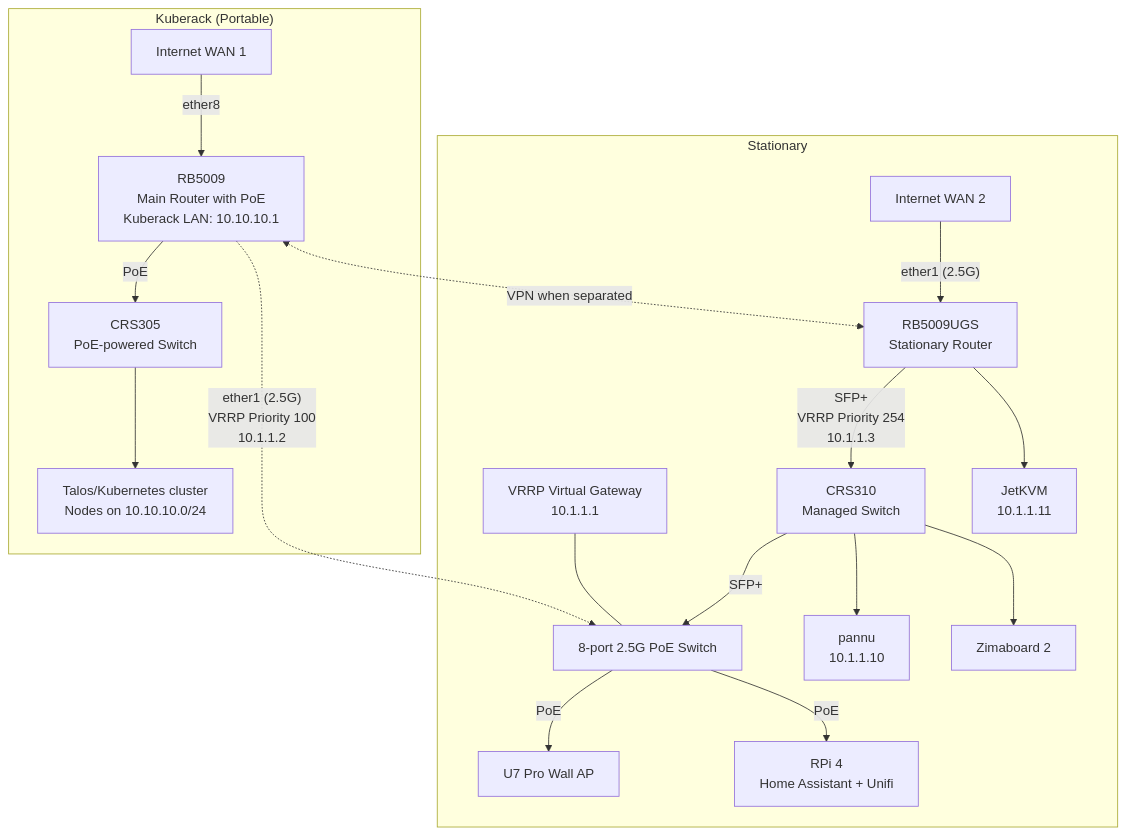
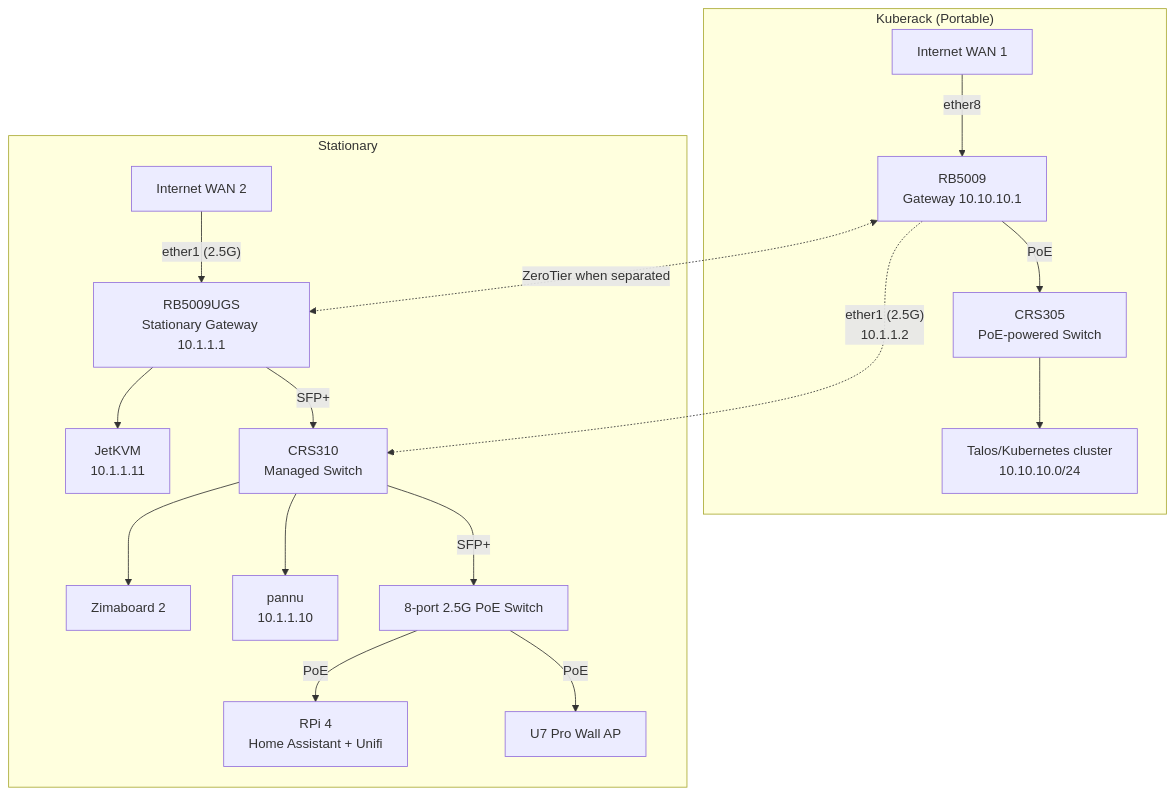
One commit to kahlstrm/infra changed the diagram in local-networking/README.md. Above: the diagram before and after it, drawn with Mermaid. The commit also changed other lines of this file and 16 other files, not shown here.

````diff
--- a/local-networking/README.md
+++ b/local-networking/README.md
@@ -16,39 +15,37 @@
 ```mermaid
 graph TB
     subgraph "Kuberack (Portable)"
         WAN1[Internet WAN 1]
-        RB5009[RB5009<br/>Main Router with PoE<br/>Kuberack LAN: 10.10.10.1]
+        RB5009[RB5009<br/>Gateway 10.10.10.1]
         CRS305[CRS305<br/>PoE-powered Switch]
-        K8S[Talos/Kubernetes cluster<br/>Nodes on 10.10.10.0/24]
+        K8S[Talos/Kubernetes cluster<br/>10.10.10.0/24]
 
         WAN1 -- "ether8" --> RB5009
         RB5009 -- "PoE" --> CRS305
         CRS305 --> K8S
     end
 
     subgraph "Stationary"
         WAN2[Internet WAN 2]
-        RB5009S[RB5009UGS<br/>Stationary Router]
+        RB5009S[RB5009UGS<br/>Stationary Gateway 10.1.1.1]
         CRS310[CRS310<br/>Managed Switch]
-        VRRP[VRRP Virtual Gateway<br/>10.1.1.1]
         POESWITCH[8-port 2.5G PoE Switch]
         U7[U7 Pro Wall AP]
         RPI4[RPi 4<br/>Home Assistant + Unifi]
         PANNU[pannu<br/>10.1.1.10]
         ZIMA[Zimaboard 2]
         JETKVM[JetKVM<br/>10.1.1.11]
 
         WAN2 -- "ether1 (2.5G)" --> RB5009S
-        RB5009S -- "SFP+<br/>VRRP Priority 254<br/>10.1.1.3" --> CRS310
+        RB5009S -- "SFP+" --> CRS310
         RB5009S --> JETKVM
         CRS310 -- "SFP+" --> POESWITCH
-        VRRP --- POESWITCH
         POESWITCH -- "PoE" --> U7
         POESWITCH -- "PoE" --> RPI4
         CRS310 --> PANNU
         CRS310 --> ZIMA
     end
 
-    RB5009 -. "ether1 (2.5G)<br/>VRRP Priority 100<br/>10.1.1.2" .-> POESWITCH
-    RB5009 <-.->|VPN when separated| RB5009S
+    RB5009 -. "ether1 (2.5G)\n10.1.1.2" .-> CRS310
+    RB5009 <-.->|ZeroTier when separated| RB5009S
 ```
````
